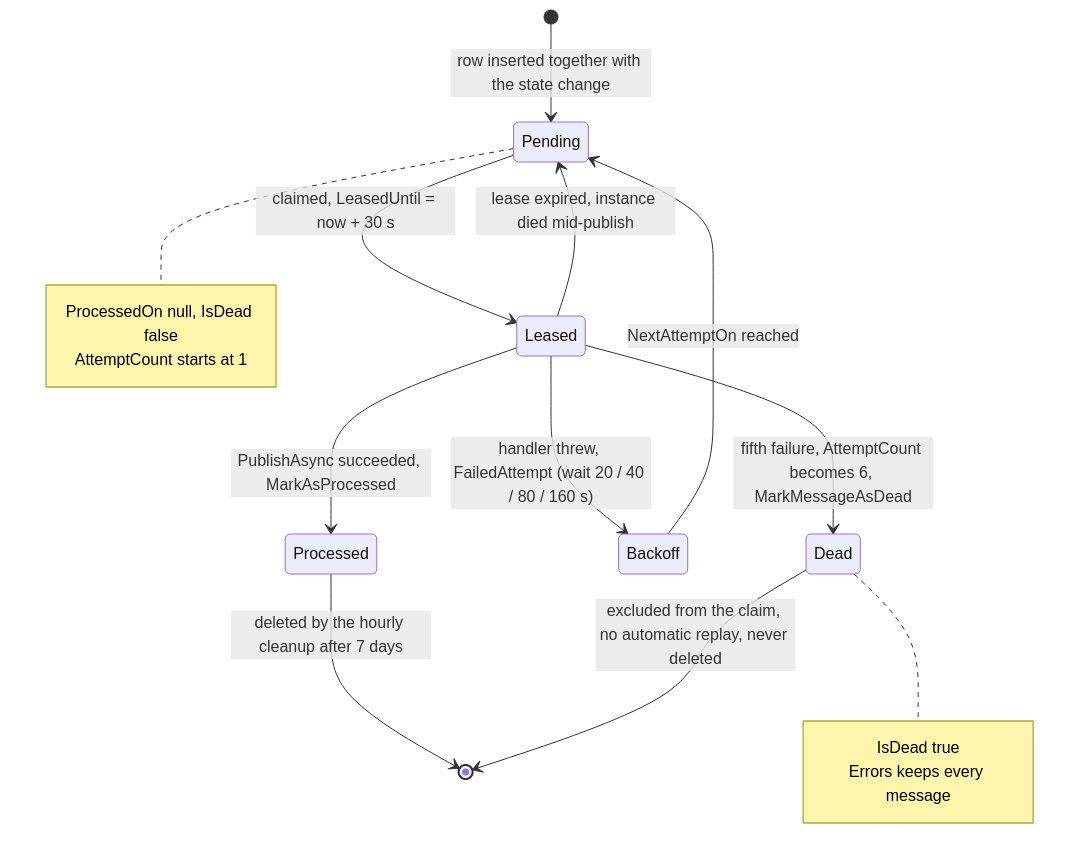
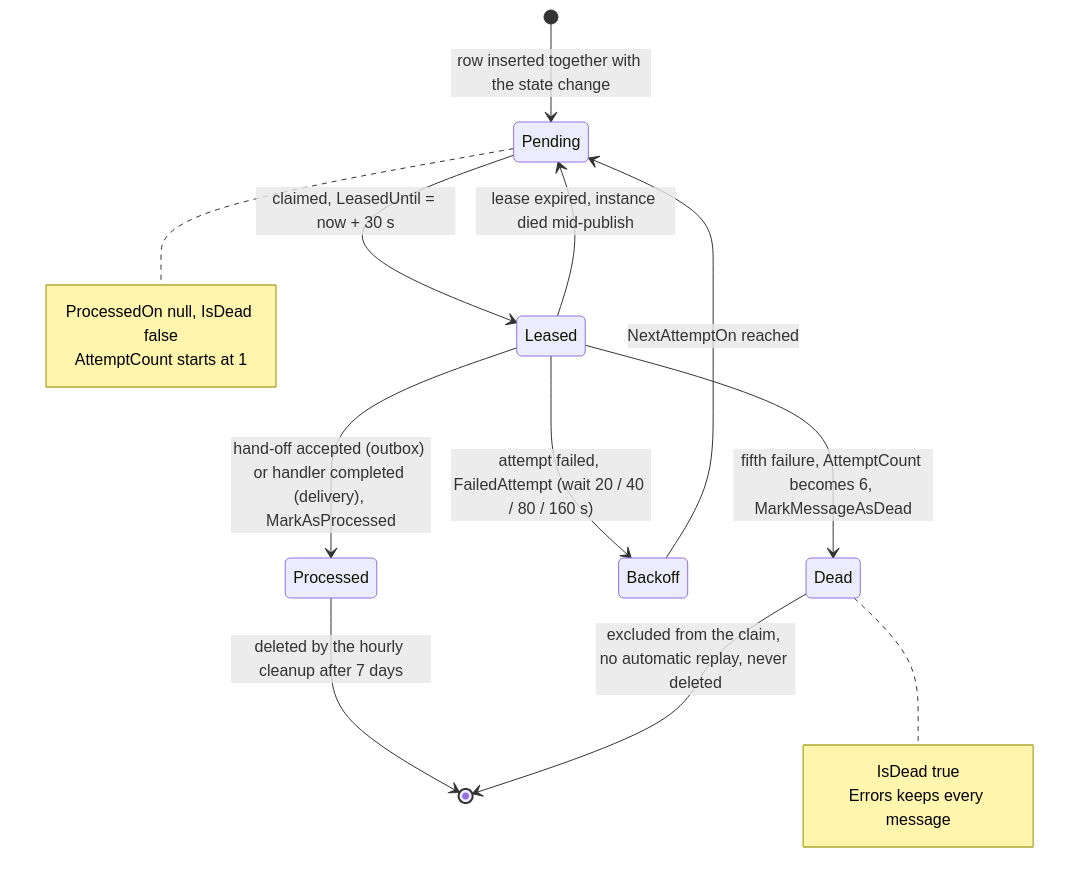
Before and after one commit to Zambrzyckii/Auction: the diagram in docs/diagrams/src/backend-messaging-02-outbox-message-lifecycle.mmd, drawn with Mermaid. The commit also changed 37 other files, not shown here.

```diff
--- a/docs/diagrams/src/backend-messaging-02-outbox-message-lifecycle.mmd
+++ b/docs/diagrams/src/backend-messaging-02-outbox-message-lifecycle.mmd
@@ -1,18 +1,18 @@
 stateDiagram-v2
     [*] --> Pending: row inserted together with the state change
     Pending --> Leased: claimed, LeasedUntil = now + 30 s
-    Leased --> Processed: PublishAsync succeeded, MarkAsProcessed
-    Leased --> Backoff: handler threw, FailedAttempt (wait 20 / 40 / 80 / 160 s)
+    Leased --> Processed: hand-off accepted (outbox) or handler completed (delivery), MarkAsProcessed
+    Leased --> Backoff: attempt failed, FailedAttempt (wait 20 / 40 / 80 / 160 s)
     Leased --> Pending: lease expired, instance died mid-publish
     Backoff --> Pending: NextAttemptOn reached
     Leased --> Dead: fifth failure, AttemptCount becomes 6, MarkMessageAsDead
     Processed --> [*]: deleted by the hourly cleanup after 7 days
     Dead --> [*]: excluded from the claim, no automatic replay, never deleted
     note right of Pending
         ProcessedOn null, IsDead false
         AttemptCount starts at 1
     end note
     note right of Dead
         IsDead true
         Errors keeps every message
     end note
```
